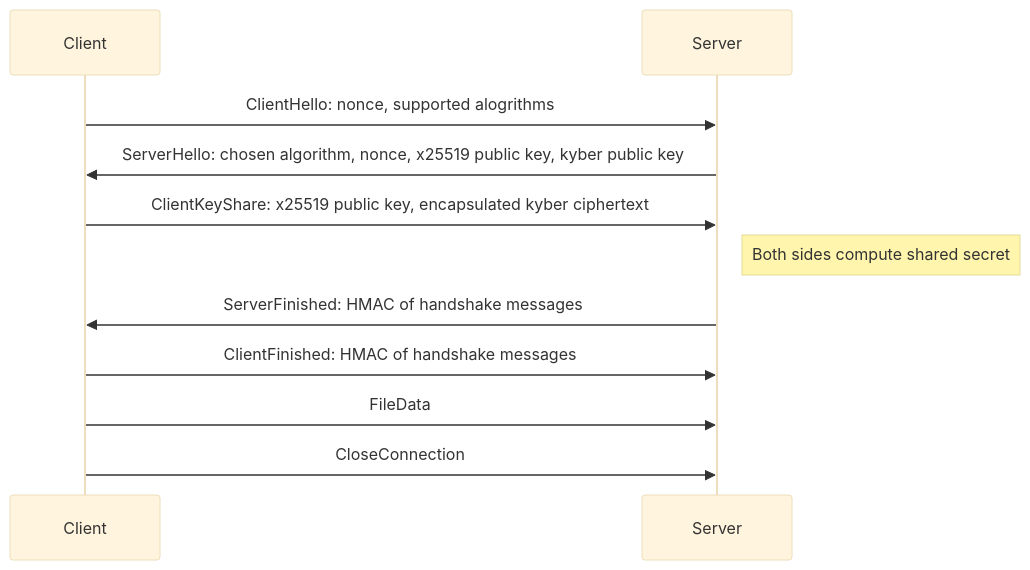
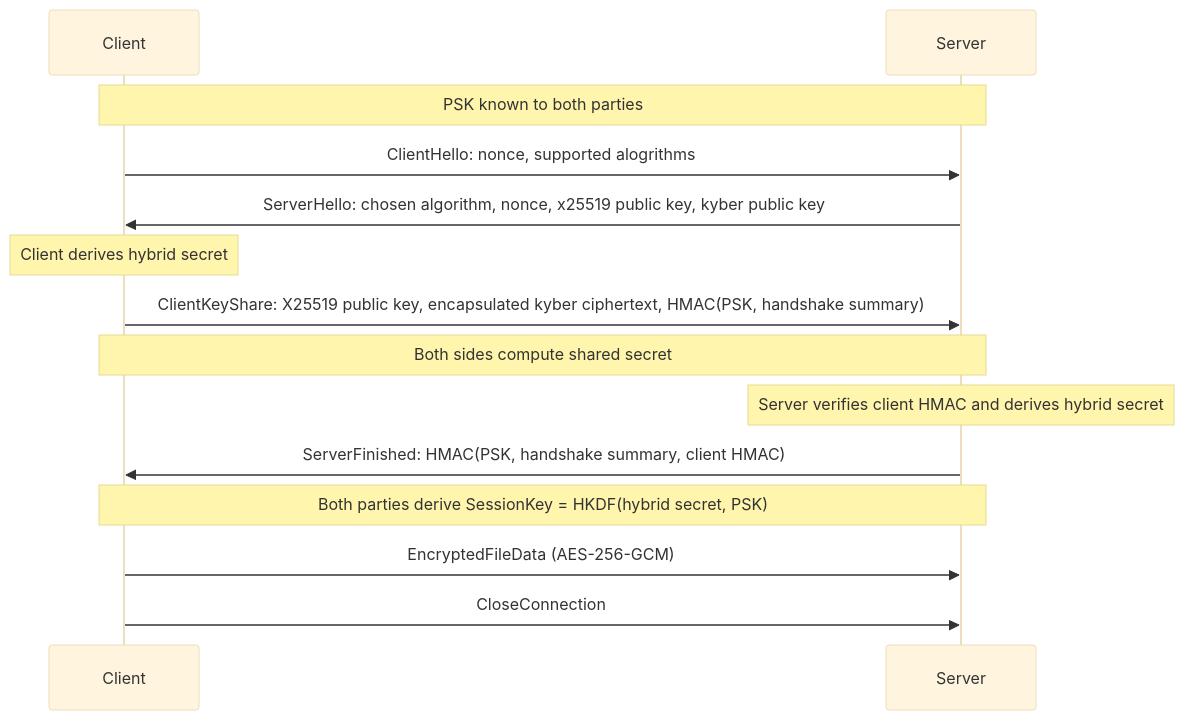
The diagram in README.md (biokemisti/qpost), drawn with Mermaid (base theme) before and after one commit. The commit also changed other lines of this file and 9 other files, not shown here.

Commit message:
Major changes to main and handshake The program now relies on pre shared keys for authentication. A CLI was implemented in main.cpp and the entry point for the program was shifted in there as well (see CMake file). Separate client.cpp and server.cpp files were removed.

````diff
--- a/README.md
+++ b/README.md
@@ -19,15 +21,21 @@
 ```mermaid
 sequenceDiagram
+Note over Client, Server: PSK known to both parties
+
 Client ->> Server: ClientHello: nonce, supported alogrithms
+
 Server ->> Client: ServerHello: chosen algorithm, nonce, x25519 public key, kyber public key
 
-Client ->> Server: ClientKeyShare: x25519 public key, encapsulated kyber ciphertext
+Note over Client: Client derives hybrid secret
+Client ->> Server: ClientKeyShare: X25519 public key, encapsulated kyber ciphertext, HMAC(PSK, handshake summary)
 
-Note right of Server: Both sides compute shared secret
+Note over Client, Server: Both sides compute shared secret
 
-Server ->> Client: ServerFinished: HMAC of handshake messages
-Client ->> Server: ClientFinished: HMAC of handshake messages
+Note over Server: Server verifies client HMAC and derives hybrid secret
+Server ->> Client: ServerFinished: HMAC(PSK, handshake summary, client HMAC)
 
-Client ->> Server: FileData
+Note over Client, Server: Both parties derive SessionKey = HKDF(hybrid secret, PSK)
+
+Client ->> Server: EncryptedFileData (AES-256-GCM)
 Client ->> Server: CloseConnection
 ```
````
